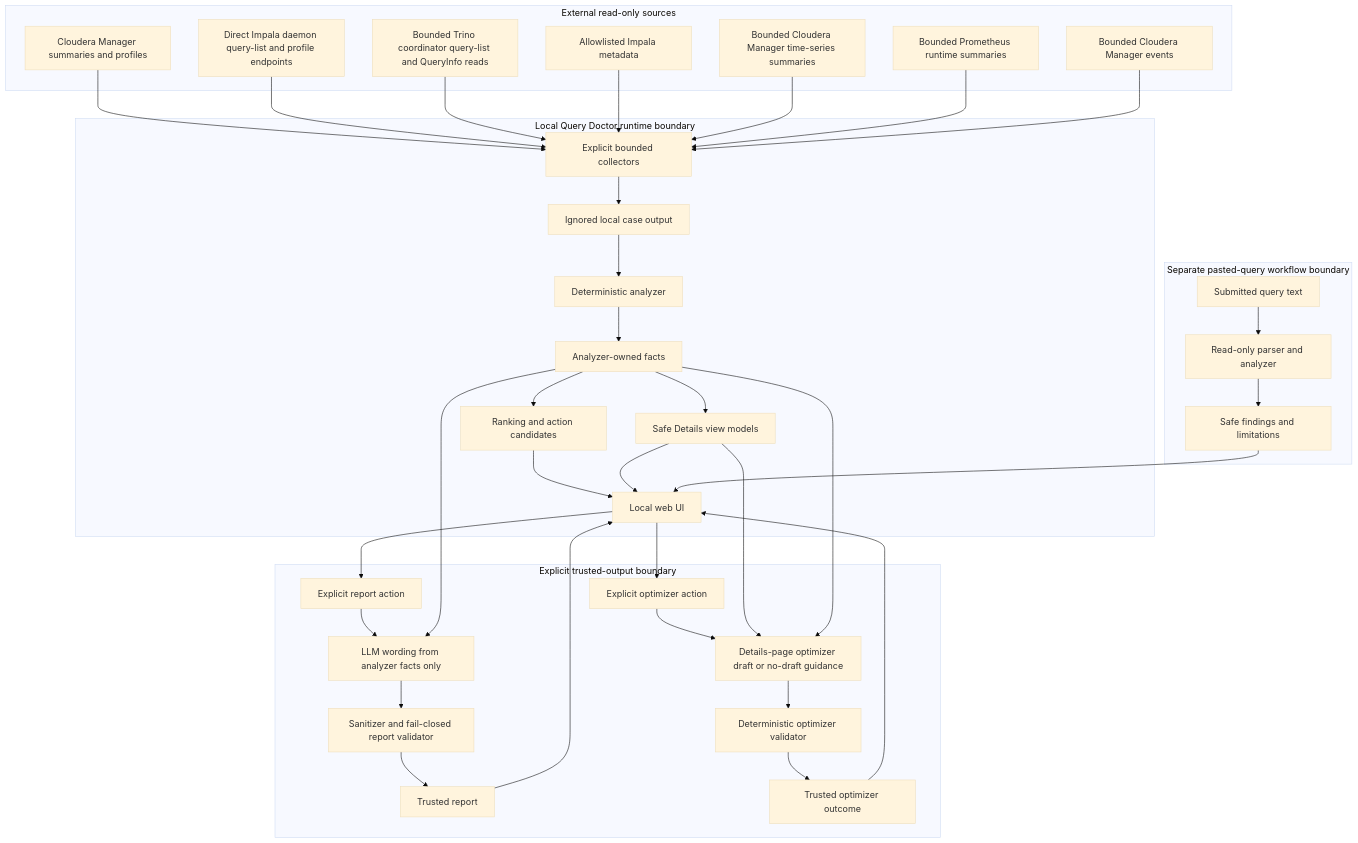
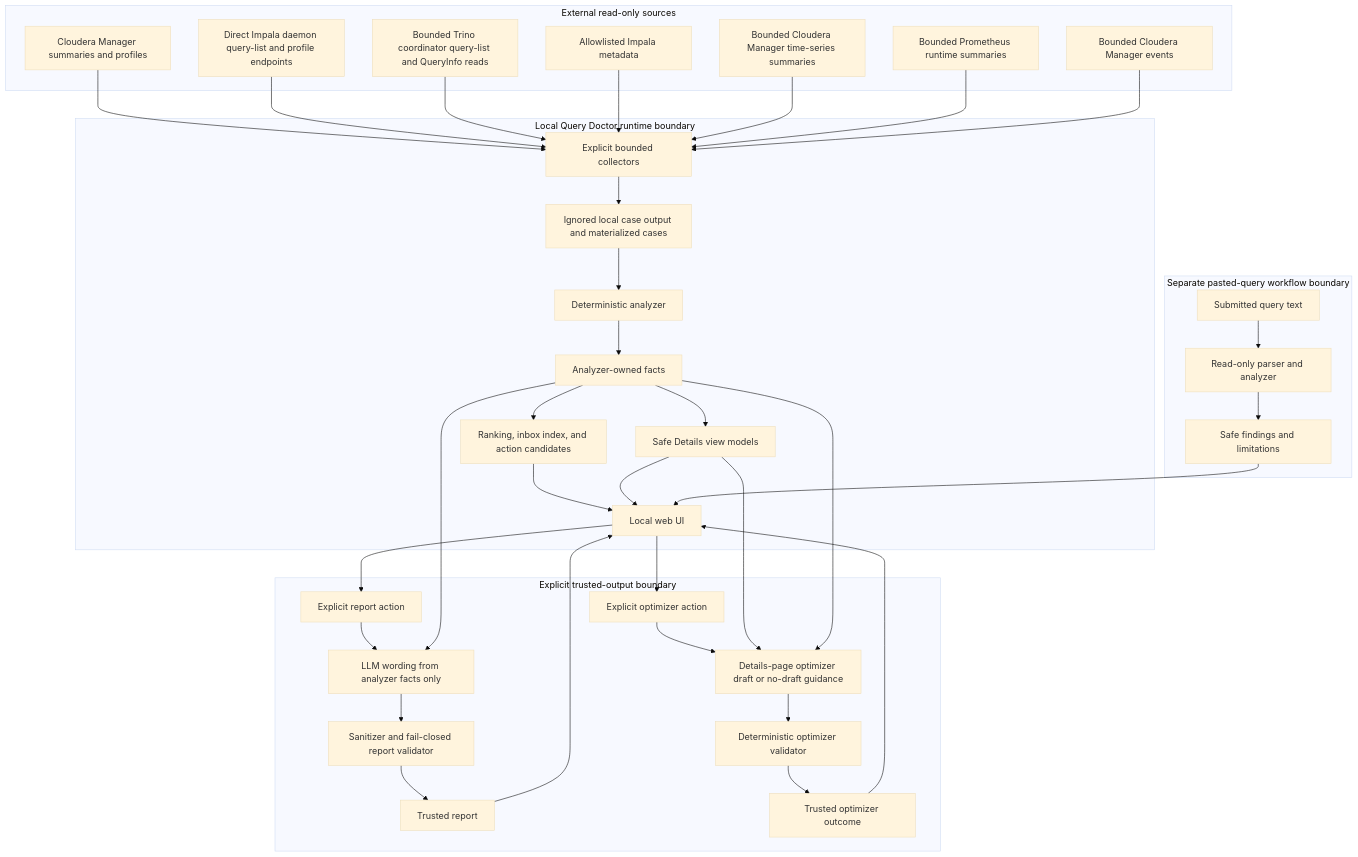
The first of 3 diagrams in docs/architecture.md (alexandrefimov/Query-Doctor), drawn with Mermaid (base theme) before and after one commit. The commit also changed other lines of this file and 253 other files, not shown here.

````diff
--- a/docs/architecture.md
+++ b/docs/architecture.md
@@ -22,70 +31,70 @@
 ```mermaid
 flowchart TD
     subgraph External["External read-only sources"]
         CM[Cloudera Manager summaries and profiles]
         ImpalaDaemon[Direct Impala daemon query-list and profile endpoints]
         TrinoCoordinator[Bounded Trino coordinator query-list and QueryInfo reads]
         ImpalaMeta[Allowlisted Impala metadata]
         CMMetrics[Bounded Cloudera Manager time-series summaries]
         PromMetrics[Bounded Prometheus runtime summaries]
         CMEvents[Bounded Cloudera Manager events]
     end
 
     subgraph Local["Local Query Doctor runtime boundary"]
         Collector[Explicit bounded collectors]
-        CaseStore[Ignored local case output]
+        CaseStore[Ignored local case output and materialized cases]
         Analyzer[Deterministic analyzer]
         Facts[Analyzer-owned facts]
-        Ranking[Ranking and action candidates]
+        Ranking[Ranking, inbox index, and action candidates]
         Details[Safe Details view models]
         WebUI[Local web UI]
     end
 
     subgraph Trust["Explicit trusted-output boundary"]
         ReportAction[Explicit report action]
         ReportWriter[LLM wording from analyzer facts only]
         ReportValidator[Sanitizer and fail-closed report validator]
         TrustedReport[Trusted report]
         OptimizerAction[Explicit optimizer action]
         OptimizerDraft[Details-page optimizer draft or no-draft guidance]
         OptimizerValidator[Deterministic optimizer validator]
         TrustedOptimizer[Trusted optimizer outcome]
     end
 
     subgraph Pasted["Separate pasted-query workflow boundary"]
         PastedInput[Submitted query text]
         QueryParser[Read-only parser and analyzer]
         QueryFindings[Safe findings and limitations]
     end
 
     CM --> Collector
     ImpalaDaemon --> Collector
     TrinoCoordinator --> Collector
     ImpalaMeta --> Collector
     CMMetrics --> Collector
     PromMetrics --> Collector
     CMEvents --> Collector
     Collector --> CaseStore
     CaseStore --> Analyzer
     Analyzer --> Facts
     Facts --> Ranking
     Ranking --> WebUI
     Facts --> Details
     Details --> WebUI
     WebUI --> ReportAction
     ReportAction --> ReportWriter
     Facts --> ReportWriter
     ReportWriter --> ReportValidator
     ReportValidator --> TrustedReport
     TrustedReport --> WebUI
     WebUI --> OptimizerAction
     OptimizerAction --> OptimizerDraft
     Details --> OptimizerDraft
     Facts --> OptimizerDraft
     OptimizerDraft --> OptimizerValidator
     OptimizerValidator --> TrustedOptimizer
     TrustedOptimizer --> WebUI
     PastedInput --> QueryParser
     QueryParser --> QueryFindings
     QueryFindings --> WebUI
 ```
````
